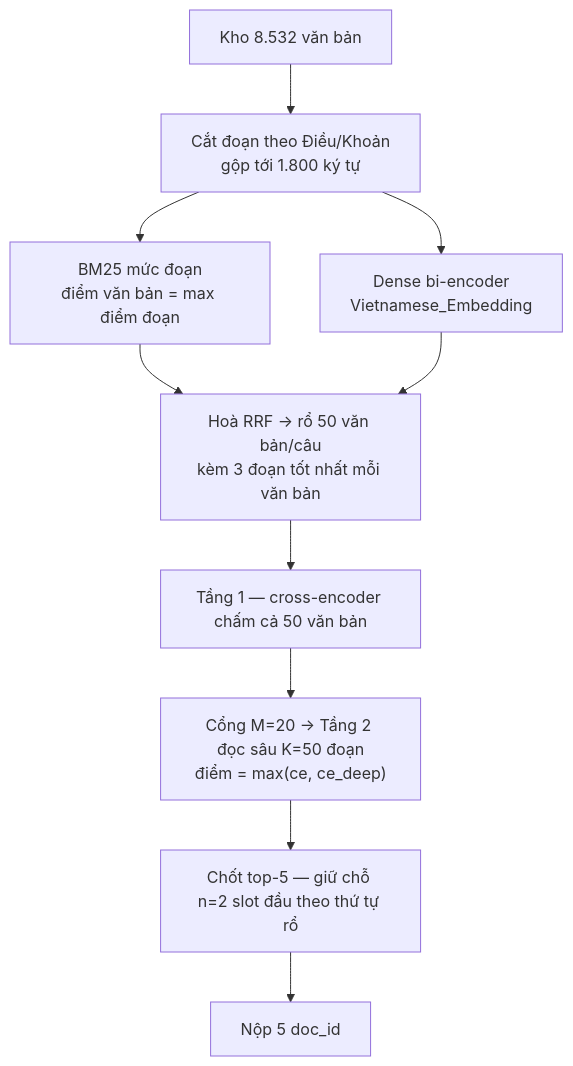
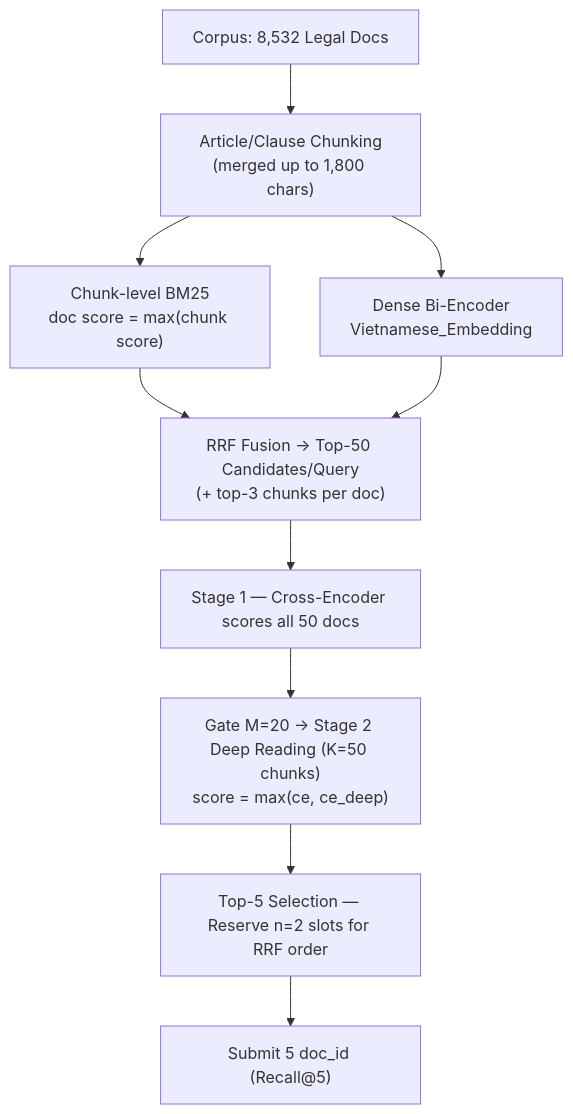
One commit to Loc2116/DSC2026_Task-1 changed the diagram in README.md. Above: the diagram before and after it, drawn with Mermaid. The commit also changed other lines of this file and 2 other files, not shown here.

Commit message:
docs: standardize README and docs around Recall@5 (Top 30/80)

````diff
--- a/README.md
+++ b/README.md
@@ -59,12 +26,12 @@
 ```mermaid
 flowchart TD
-    A["Kho 8.532 văn bản"] --> B["Cắt đoạn theo Điều/Khoản<br/>gộp tới 1.800 ký tự"]
-    B --> C["BM25 mức đoạn<br/>điểm văn bản = max điểm đoạn"]
-    B --> D["Dense bi-encoder<br/>Vietnamese_Embedding"]
-    C --> E["Hoà RRF → rổ 50 văn bản/câu<br/>kèm 3 đoạn tốt nhất mỗi văn bản"]
+    A["Corpus: 8,532 Legal Docs"] --> B["Article/Clause Chunking<br/>(merged up to 1,800 chars)"]
+    B --> C["Chunk-level BM25<br/>doc score = max(chunk score)"]
+    B --> D["Dense Bi-Encoder<br/>Vietnamese_Embedding"]
+    C --> E["RRF Fusion → Top-50 Candidates/Query<br/>(+ top-3 chunks per doc)"]
     D --> E
-    E --> F["Tầng 1 — cross-encoder chấm cả 50 văn bản"]
-    F --> G["Cổng M=20 → Tầng 2 đọc sâu K=50 đoạn<br/>điểm = max(ce, ce_deep)"]
-    G --> H["Chốt top-5 — giữ chỗ n=2 slot đầu theo thứ tự rổ"]
-    H --> I["Nộp 5 doc_id"]
+    E --> F["Stage 1 — Cross-Encoder scores all 50 docs"]
+    F --> G["Gate M=20 → Stage 2 Deep Reading (K=50 chunks)<br/>score = max(ce, ce_deep)"]
+    G --> H["Top-5 Selection — Reserve n=2 slots for RRF order"]
+    H --> I["Submit 5 doc_id (Recall@5)"]
 ```
````
